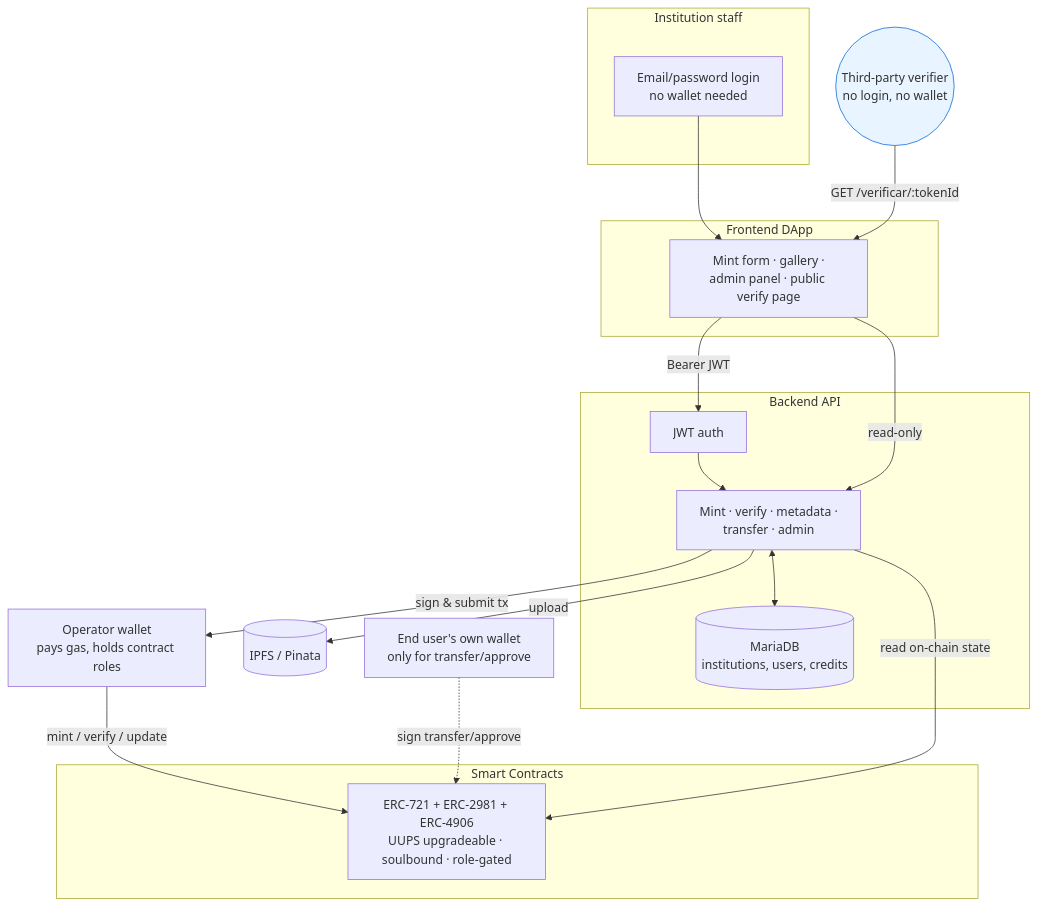
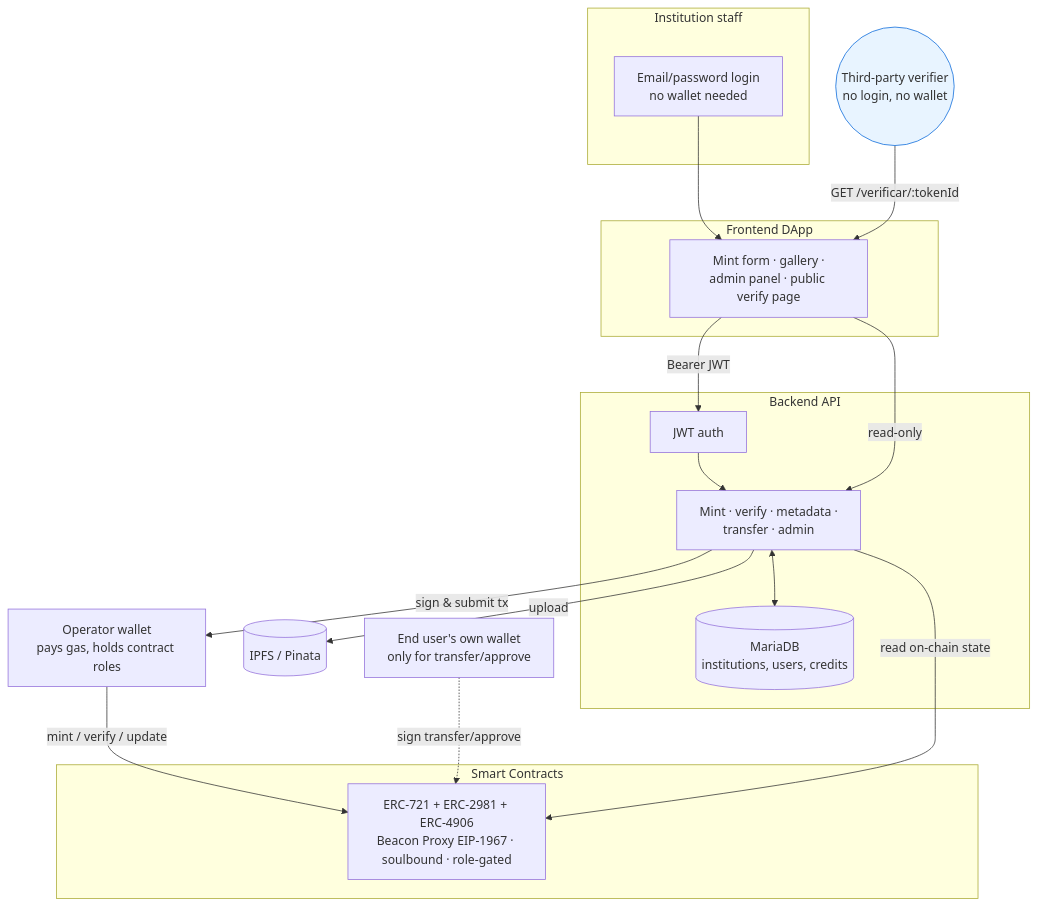
One commit to sergiom310/asset-tokenization-platform changed the diagram in README.md. Above: the diagram before and after it, drawn with Mermaid. The commit also changed other lines of this file and 1 other file, not shown here.

First line of the commit message:
docs: update README with current architecture, add Spanish translation

````diff
--- a/README.md
+++ b/README.md
@@ -38,40 +40,40 @@
 ```mermaid
 flowchart TB
     subgraph Institution["Institution staff"]
         Login[Email/password login<br/>no wallet needed]
     end
 
     subgraph FE["Frontend DApp"]
         UI[Mint form · gallery ·<br/>admin panel · public verify page]
     end
 
     subgraph BE["Backend API"]
         Auth[JWT auth]
         Routes[Mint · verify · metadata ·<br/>transfer · admin]
         DB[(MariaDB<br/>institutions, users, credits)]
     end
 
     IPFS[(IPFS / Pinata)]
     Operator[Operator wallet<br/>pays gas, holds contract roles]
 
     subgraph Chain["Smart Contracts"]
-        SC[ERC-721 + ERC-2981 + ERC-4906<br/>UUPS upgradeable · soulbound · role-gated]
+        SC[ERC-721 + ERC-2981 + ERC-4906<br/>Beacon Proxy EIP-1967 · soulbound · role-gated]
     end
 
     Public(("Third-party verifier<br/>no login, no wallet")):::public
     EndUser[End user's own wallet<br/>only for transfer/approve]
 
     Login --> UI
     UI -->|Bearer JWT| Auth
     Auth --> Routes
     Routes <--> DB
     Routes -->|upload| IPFS
     Routes -->|sign & submit tx| Operator
     Operator -->|mint / verify / update| SC
     EndUser -.->|sign transfer/approve| SC
     Public -->|GET /verificar/:tokenId| UI
     UI -->|read-only| Routes
     Routes -->|read on-chain state| SC
 
     classDef public fill:#e8f4ff,stroke:#0969da
 ```
````
